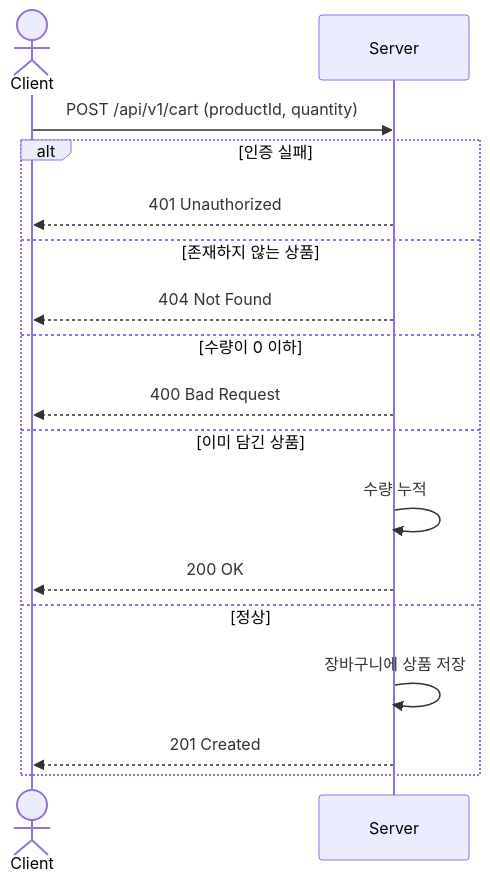
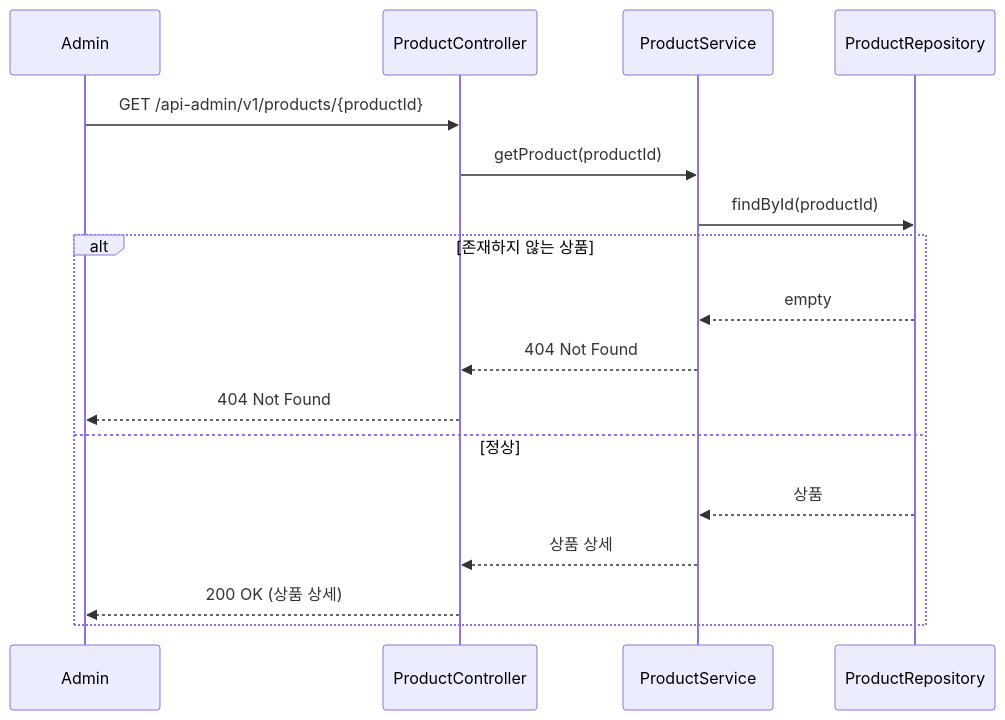
Diagram 12 of 34 in .docs/design/sequence-diagrams.md (loopers-labs/loop-pack-be-l2-vol4-java), drawn with Mermaid before and after one commit. The commit also changed other lines of this file and 1 other file, not shown here.

Commit message:
fix: 관리자 모듈 지우고 각 브랜드&상품-어드민, 주문-어드민으로 분리 브랜드&상품 누락 유스케이스 추가 어드민 권한 확인 로직 main flow 에 추가

````diff
--- a/.docs/design/sequence-diagrams.md
+++ b/.docs/design/sequence-diagrams.md
@@ -267,20 +282,21 @@
 ```mermaid
 sequenceDiagram
-    actor Client
-    participant Server
+    participant Admin
+    participant ProductController
+    participant ProductService
+    participant ProductRepository
 
-    Client->>Server: POST /api/v1/cart (productId, quantity)
-    alt 인증 실패
-        Server-->>Client: 401 Unauthorized
-    else 존재하지 않는 상품
-        Server-->>Client: 404 Not Found
-    else 수량이 0 이하
-        Server-->>Client: 400 Bad Request
-    else 이미 담긴 상품
-        Server->>Server: 수량 누적
-        Server-->>Client: 200 OK
+    Admin->>ProductController: GET /api-admin/v1/products/{productId}
+    ProductController->>ProductService: getProduct(productId)
+    ProductService->>ProductRepository: findById(productId)
+
+    alt 존재하지 않는 상품
+        ProductRepository-->>ProductService: empty
+        ProductService-->>ProductController: 404 Not Found
+        ProductController-->>Admin: 404 Not Found
     else 정상
-        Server->>Server: 장바구니에 상품 저장
-        Server-->>Client: 201 Created
+        ProductRepository-->>ProductService: 상품
+        ProductService-->>ProductController: 상품 상세
+        ProductController-->>Admin: 200 OK (상품 상세)
     end
 ```
````
